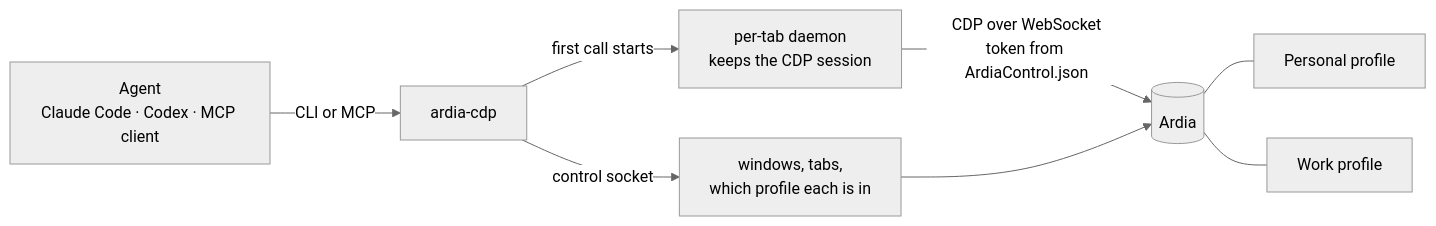
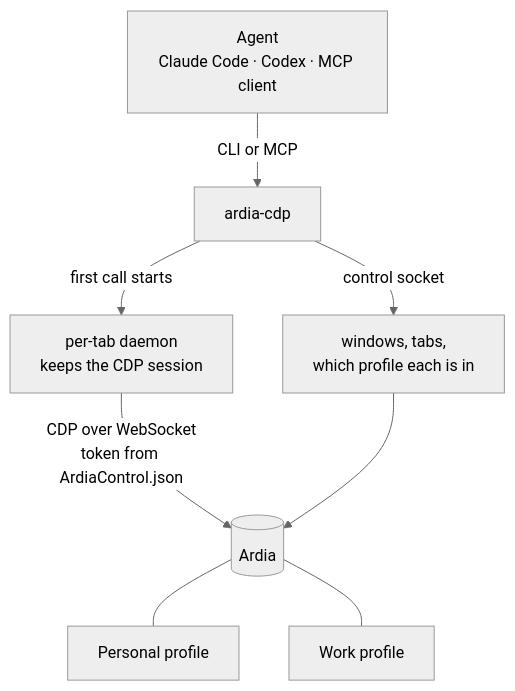
The first of 3 diagrams in README.md (ImMathanR/ardia-cdp), drawn with Mermaid (neutral theme) before and after one commit.

Commit message:
README: top-to-bottom architecture diagram

````diff
--- a/README.md
+++ b/README.md
@@ -18,10 +18,10 @@
 ```mermaid
-flowchart LR
+flowchart TB
   A[Agent<br/>Claude Code · Codex · MCP client] -->|CLI or MCP| C[ardia-cdp]
   C -->|first call starts| D[per-tab daemon<br/>keeps the CDP session]
   D -->|CDP over WebSocket<br/>token from ArdiaControl.json| B[(Ardia)]
   C -->|control socket| S[windows, tabs,<br/>which profile each is in]
   S --> B
   B --- P1[Personal profile]
   B --- P2[Work profile]
 ```
````
